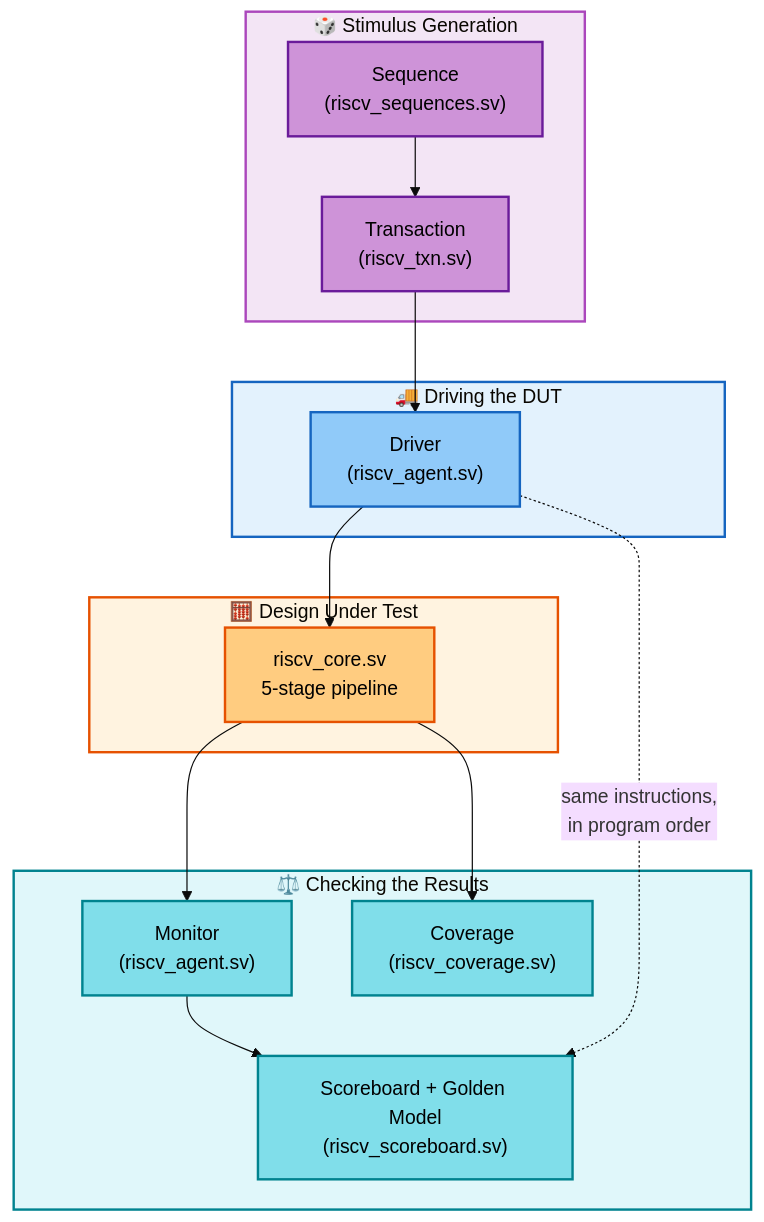
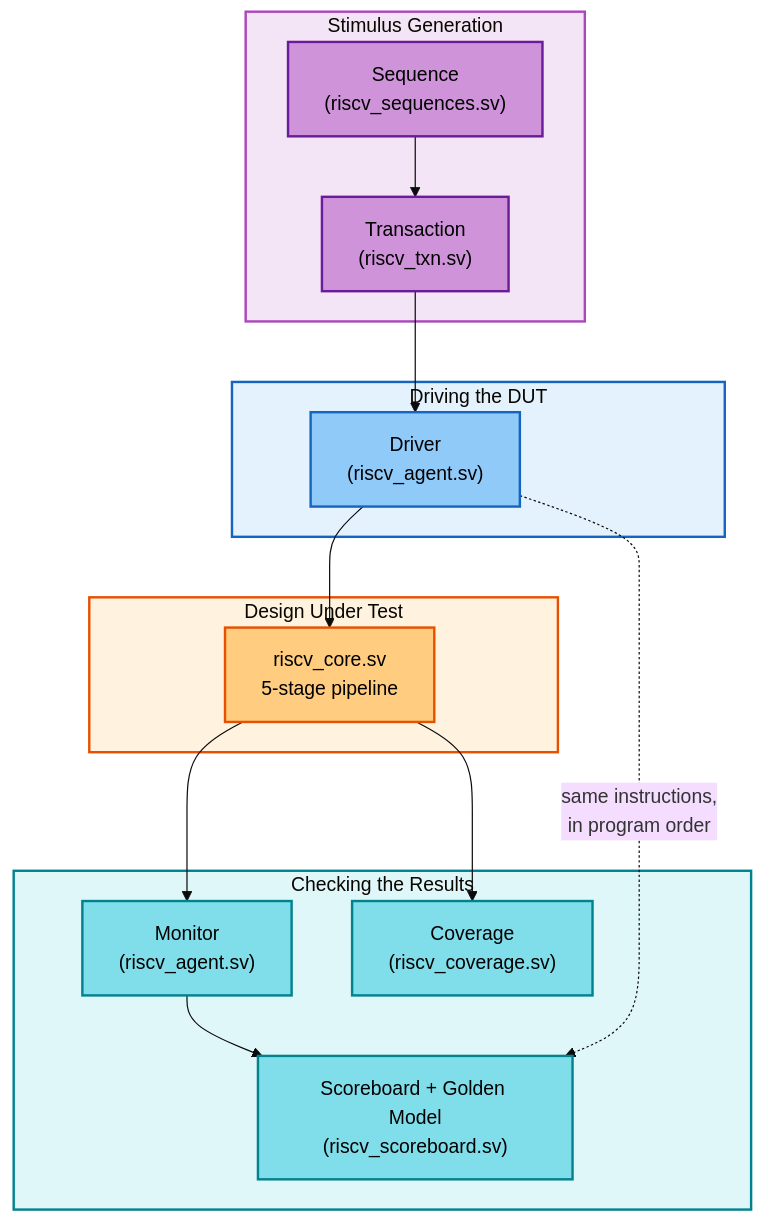
Before and after one commit to hjsanjana/riscv-uvm-pipeline: the sixth of 10 diagrams in README.md, drawn with Mermaid (base theme). The commit also changed other lines of this file, not shown here.

Commit message:
Remove emoji from README, keep colors and diagrams

````diff
--- a/README.md
+++ b/README.md
@@ -210,42 +210,42 @@
 ```mermaid
 flowchart TD
-    subgraph GEN["🎲 Stimulus Generation"]
+    subgraph GEN["Stimulus Generation"]
         SEQ["Sequence<br/>(riscv_sequences.sv)"]
         TXN["Transaction<br/>(riscv_txn.sv)"]
         SEQ --> TXN
     end
 
-    subgraph DRIVE["🚚 Driving the DUT"]
+    subgraph DRIVE["Driving the DUT"]
         DRV["Driver<br/>(riscv_agent.sv)"]
     end
 
-    subgraph DESIGN["🧮 Design Under Test"]
+    subgraph DESIGN["Design Under Test"]
         DUT["riscv_core.sv<br/>5-stage pipeline"]
     end
 
-    subgraph CHECK["⚖️ Checking the Results"]
+    subgraph CHECK["Checking the Results"]
         MON["Monitor<br/>(riscv_agent.sv)"]
         SB["Scoreboard + Golden Model<br/>(riscv_scoreboard.sv)"]
         COV["Coverage<br/>(riscv_coverage.sv)"]
     end
 
     TXN --> DRV --> DUT
     DUT --> MON --> SB
     DRV -. "same instructions,<br/>in program order" .-> SB
     DUT --> COV
 
     style GEN fill:#f3e5f5,stroke:#ab47bc,stroke-width:2px
     style DRIVE fill:#e3f2fd,stroke:#1565c0,stroke-width:2px
     style DESIGN fill:#fff3e0,stroke:#e65100,stroke-width:2px
     style CHECK fill:#e0f7fa,stroke:#00838f,stroke-width:2px
 
     classDef genStyle fill:#ce93d8,stroke:#6a1b9a,color:#000,stroke-width:2px
     classDef driveStyle fill:#90caf9,stroke:#1565c0,color:#000,stroke-width:2px
     classDef dutStyle fill:#ffcc80,stroke:#e65100,color:#000,stroke-width:2px
     classDef checkStyle fill:#80deea,stroke:#00838f,color:#000,stroke-width:2px
 
     class SEQ,TXN genStyle
     class DRV driveStyle
     class DUT dutStyle
     class MON,SB,COV checkStyle
 ```
````
